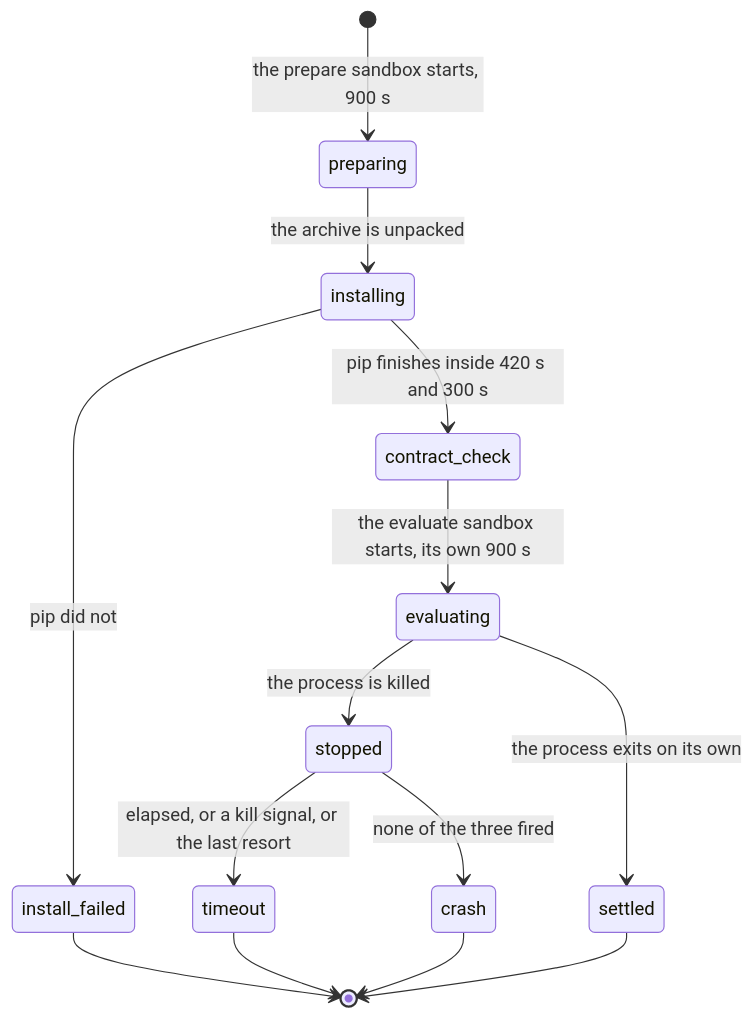
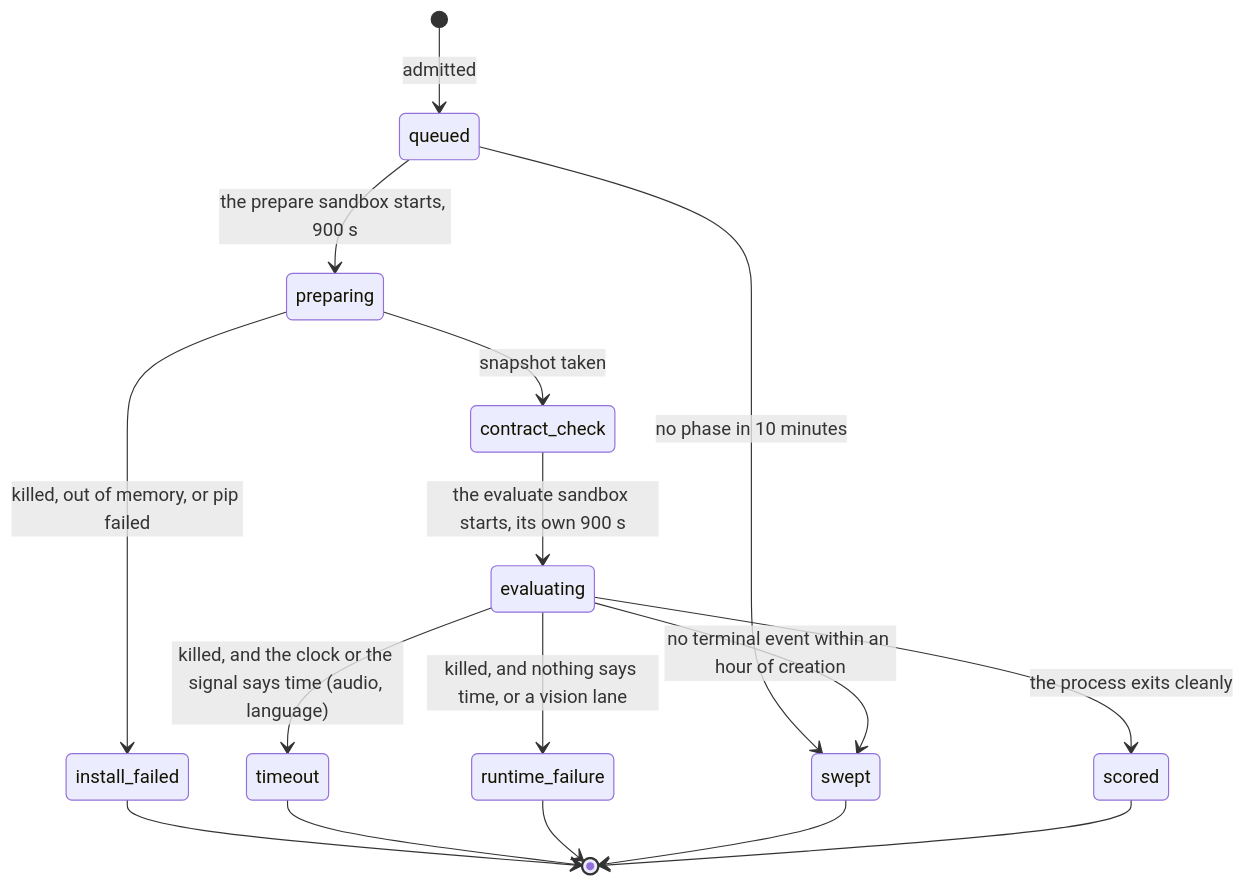
Before and after one commit to SamGu-NRX/CogPortal: the diagram in docs/product-description/sandbox/timeouts-and-limits.md, drawn with Mermaid. The commit also changed other lines of this file and 41 other files, not shown here.

````diff
--- a/docs/product-description/sandbox/timeouts-and-limits.md
+++ b/docs/product-description/sandbox/timeouts-and-limits.md
@@ -55,16 +82,18 @@
 ```mermaid
 stateDiagram-v2
-    [*] --> preparing : the prepare sandbox starts, 900 s
-    preparing --> installing : the archive is unpacked
-    installing --> contract_check : pip finishes inside 420 s and 300 s
-    installing --> install_failed : pip did not
+    [*] --> queued : admitted
+    queued --> swept : no phase in 10 minutes
+    queued --> preparing : the prepare sandbox starts, 900 s
+    preparing --> install_failed : killed, out of memory, or pip failed
+    preparing --> contract_check : snapshot taken
     contract_check --> evaluating : the evaluate sandbox starts, its own 900 s
-    evaluating --> settled : the process exits on its own
-    evaluating --> stopped : the process is killed
-    stopped --> timeout : elapsed, or a kill signal, or the last resort
-    stopped --> crash : none of the three fired
+    evaluating --> scored : the process exits cleanly
+    evaluating --> timeout : killed, and the clock or the signal says time (audio, language)
+    evaluating --> runtime_failure : killed, and nothing says time, or a vision lane
+    evaluating --> swept : no terminal event within an hour of creation
     install_failed --> [*]
     timeout --> [*]
-    crash --> [*]
-    settled --> [*]
+    runtime_failure --> [*]
+    swept --> [*]
+    scored --> [*]
 ```
````
